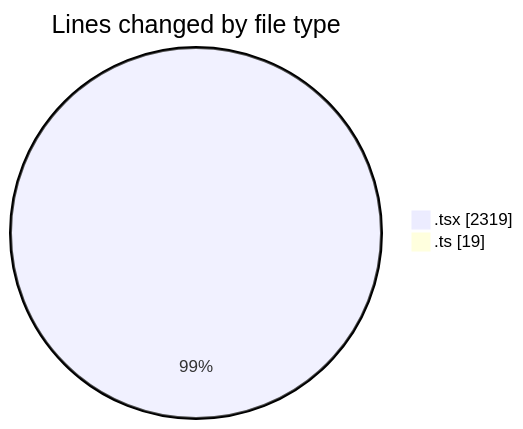
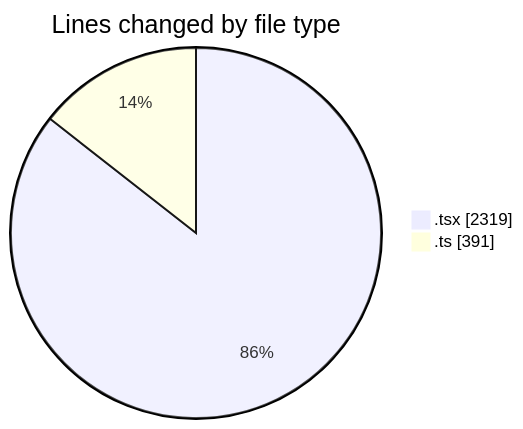
One commit to nxtqubesakshisongat/code-tracking changed the first of 2 diagrams in 2026-05-17/nxtqube_webapp/README.md. Above: the diagram before and after it, drawn with Mermaid. The commit also changed other lines of this file and 1 other file, not shown here.

````diff
--- a/2026-05-17/nxtqube_webapp/README.md
+++ b/2026-05-17/nxtqube_webapp/README.md
@@ -22,6 +23,6 @@
 ```mermaid
 pie showData
 title Lines changed by file type
 ".tsx" : 2319
-".ts" : 19
+".ts" : 391
 ```
````
